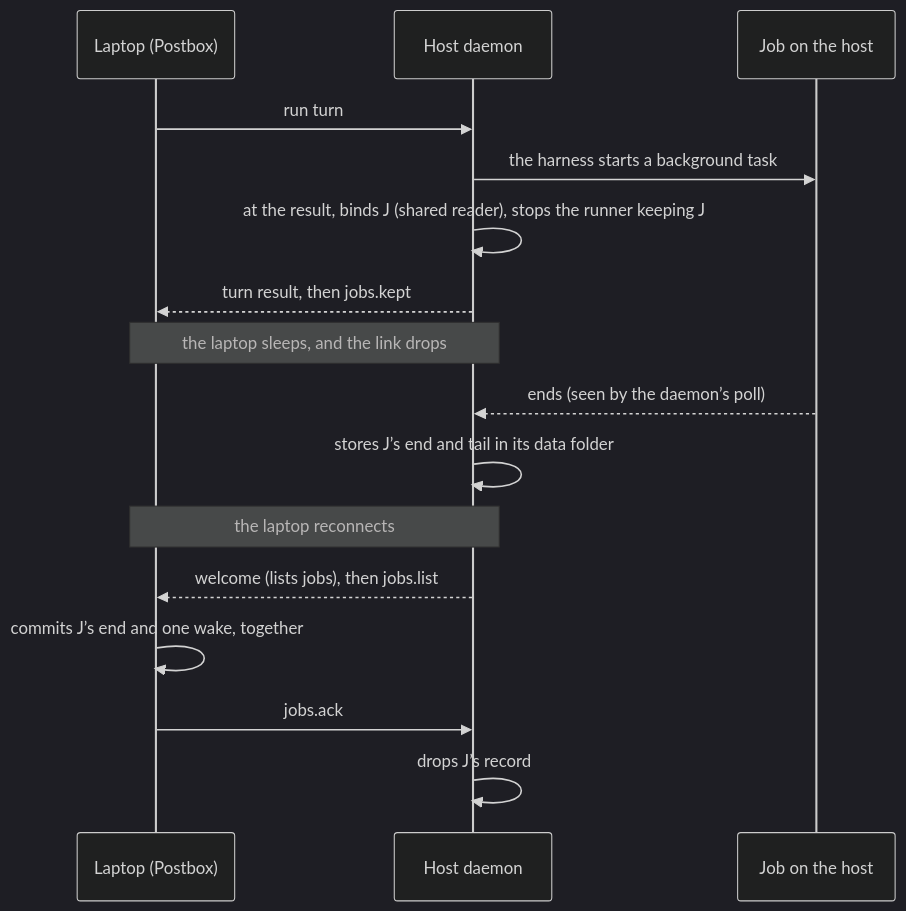
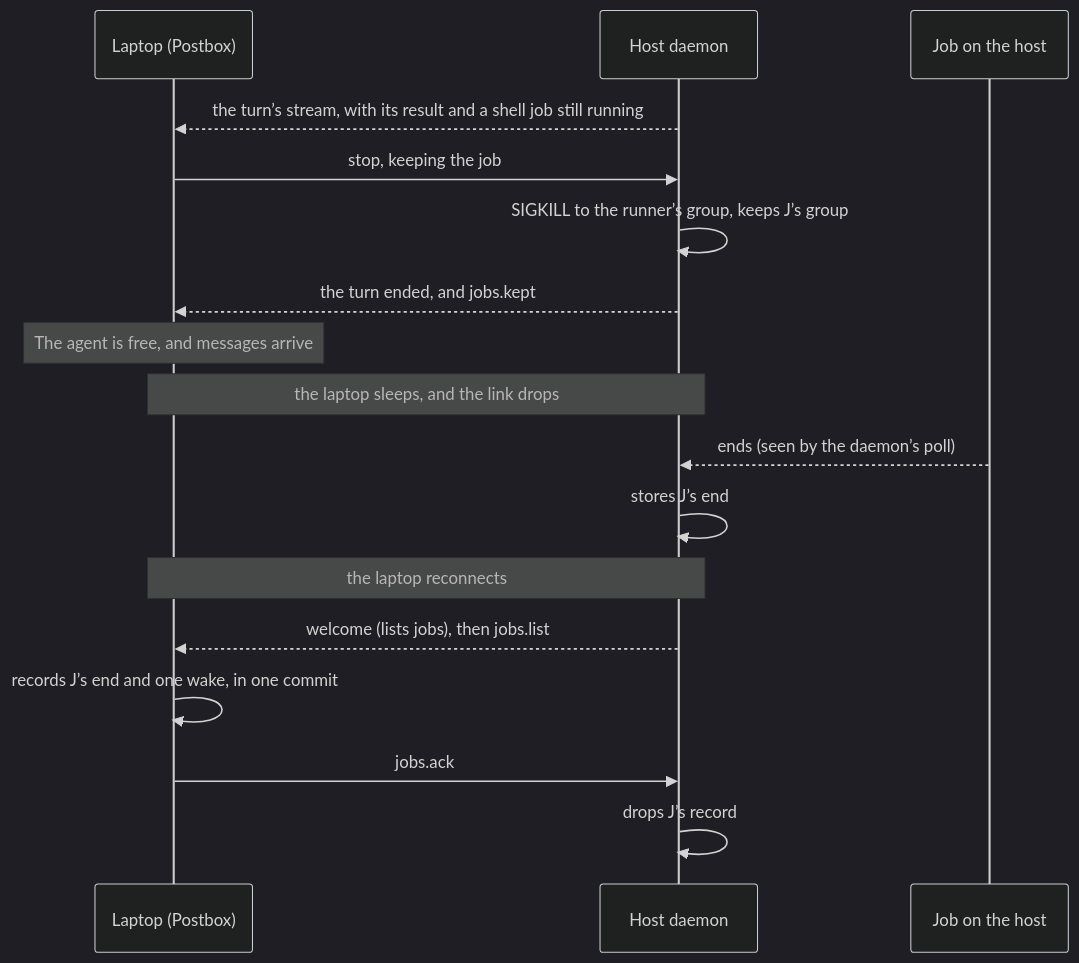
One commit to HJeon139/postbox changed the second of 2 diagrams in designs/architecture/background-processes.md. Above: the diagram before and after it, drawn with Mermaid (dark theme). The commit also changed other lines of this file and 1 other file, not shown here.

First line of the commit message:
docs(architecture): free an agent at its reply while its background job runs

````diff
--- a/designs/architecture/background-processes.md
+++ b/designs/architecture/background-processes.md
@@ -205,18 +127,19 @@
 ```mermaid
 sequenceDiagram
   participant L as Laptop (Postbox)
   participant D as Host daemon
   participant J as Job on the host
-  L->>D: run turn
-  D->>J: the harness starts a background task
-  D->>D: at the result, binds J (shared reader), stops the runner keeping J
-  D-->>L: turn result, then jobs.kept
+  D-->>L: the turn’s stream, with its result and a shell job still running
+  L->>D: stop, keeping the job
+  D->>D: SIGKILL to the runner’s group, keeps J’s group
+  D-->>L: the turn ended, and jobs.kept
+  Note over L: The agent is free, and messages arrive
   Note over L,D: the laptop sleeps, and the link drops
   J-->>D: ends (seen by the daemon’s poll)
-  D->>D: stores J’s end and tail in its data folder
+  D->>D: stores J’s end
   Note over L,D: the laptop reconnects
   D-->>L: welcome (lists jobs), then jobs.list
-  L->>L: commits J’s end and one wake, together
+  L->>L: records J’s end and one wake, in one commit
   L->>D: jobs.ack
   D->>D: drops J’s record
 ```
````
